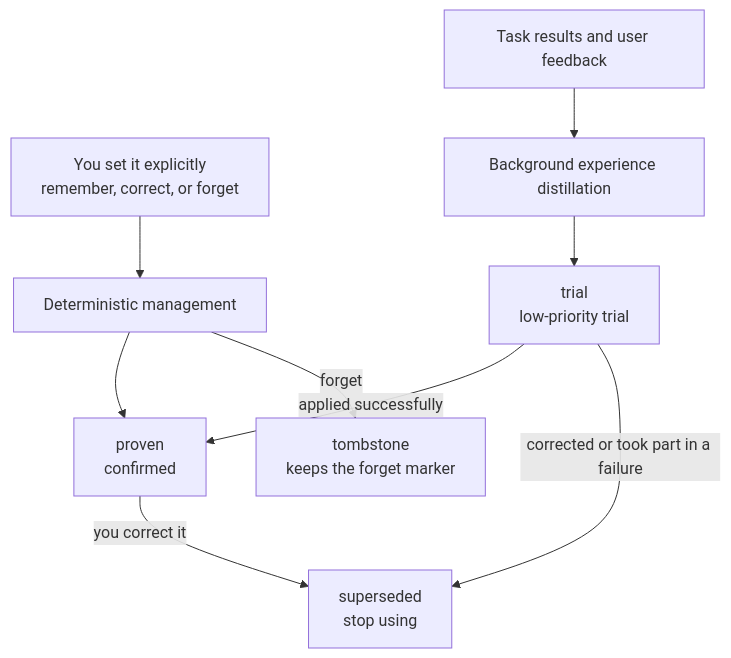
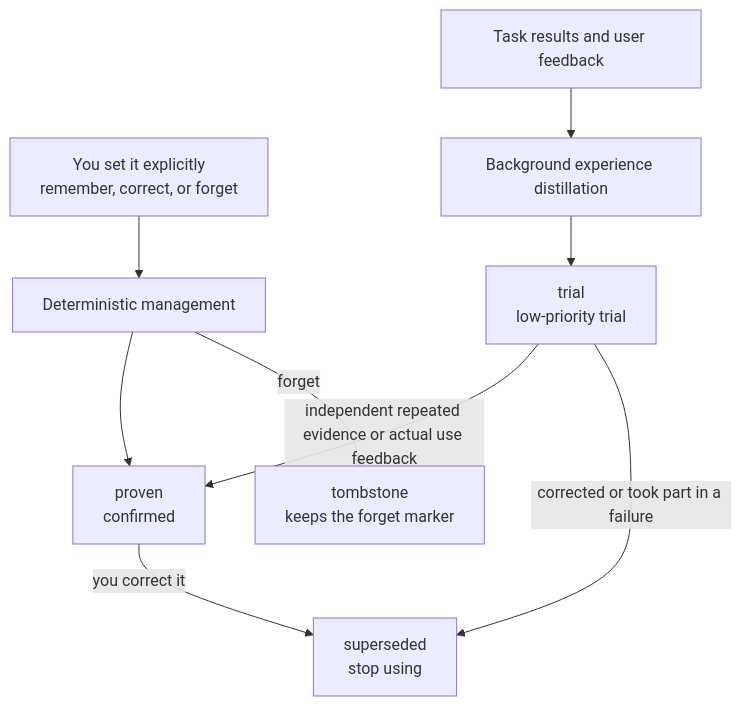
One commit to rpamis/comet-website-docs changed the diagram in en/plugins/personal-memory.mdx. Above: the diagram before and after it, drawn with Mermaid. The commit also changed other lines of this file and 9 other files, not shown here.

````diff
--- a/en/plugins/personal-memory.mdx
+++ b/en/plugins/personal-memory.mdx
@@ -88,11 +88,11 @@
 ```mermaid
 flowchart TD
   U["You set it explicitly<br/>remember, correct, or forget"] --> D["Deterministic management"]
   D --> P["proven<br/>confirmed"]
   E["Task results and user feedback"] --> R["Background experience distillation"]
   R --> T["trial<br/>low-priority trial"]
-  T -->|applied successfully| P
+  T -->|independent repeated evidence or actual use feedback| P
   T -->|corrected or took part in a failure| S["superseded<br/>stop using"]
   P -->|you correct it| S
   D -->|forget| X["tombstone<br/>keeps the forget marker"]
 ```
````
